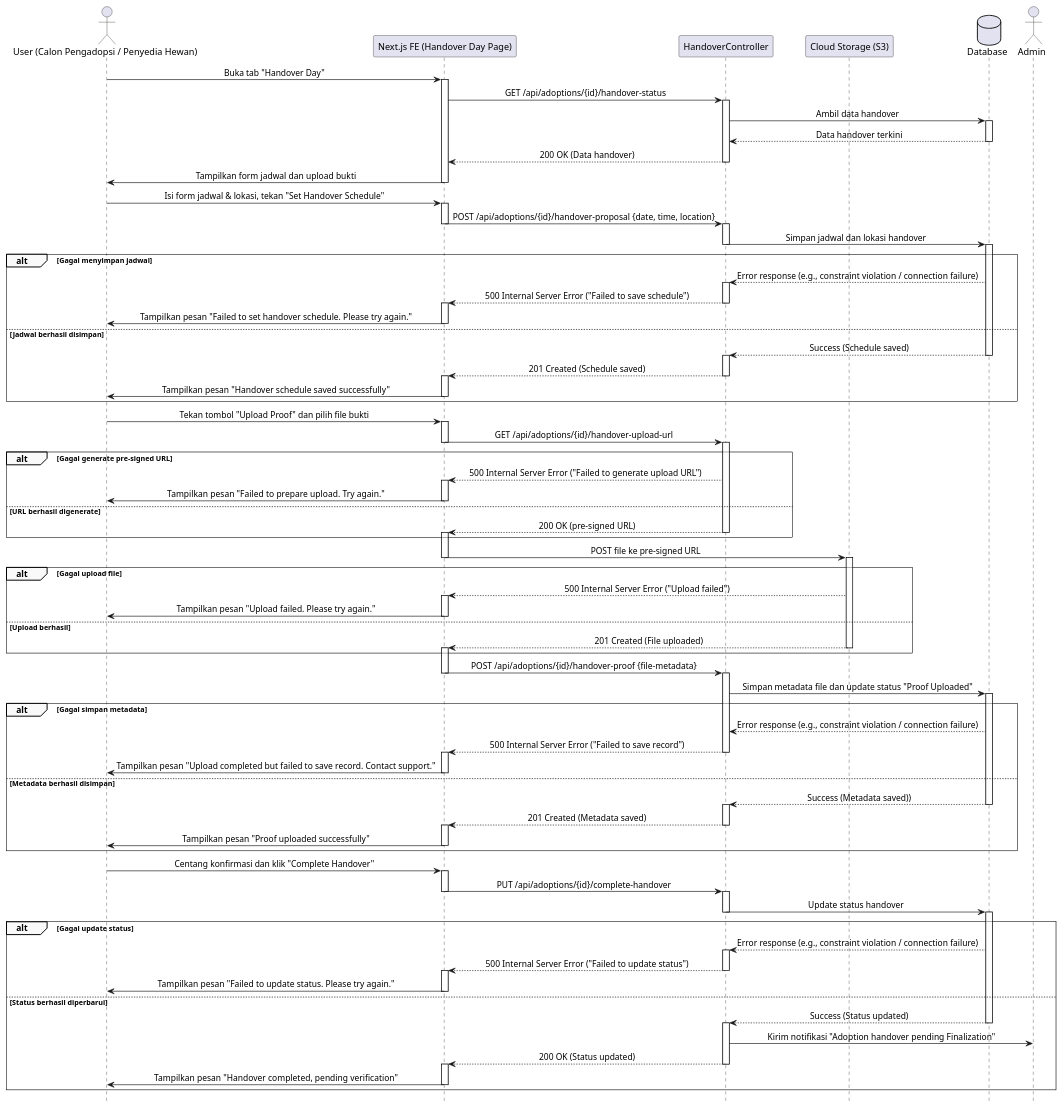
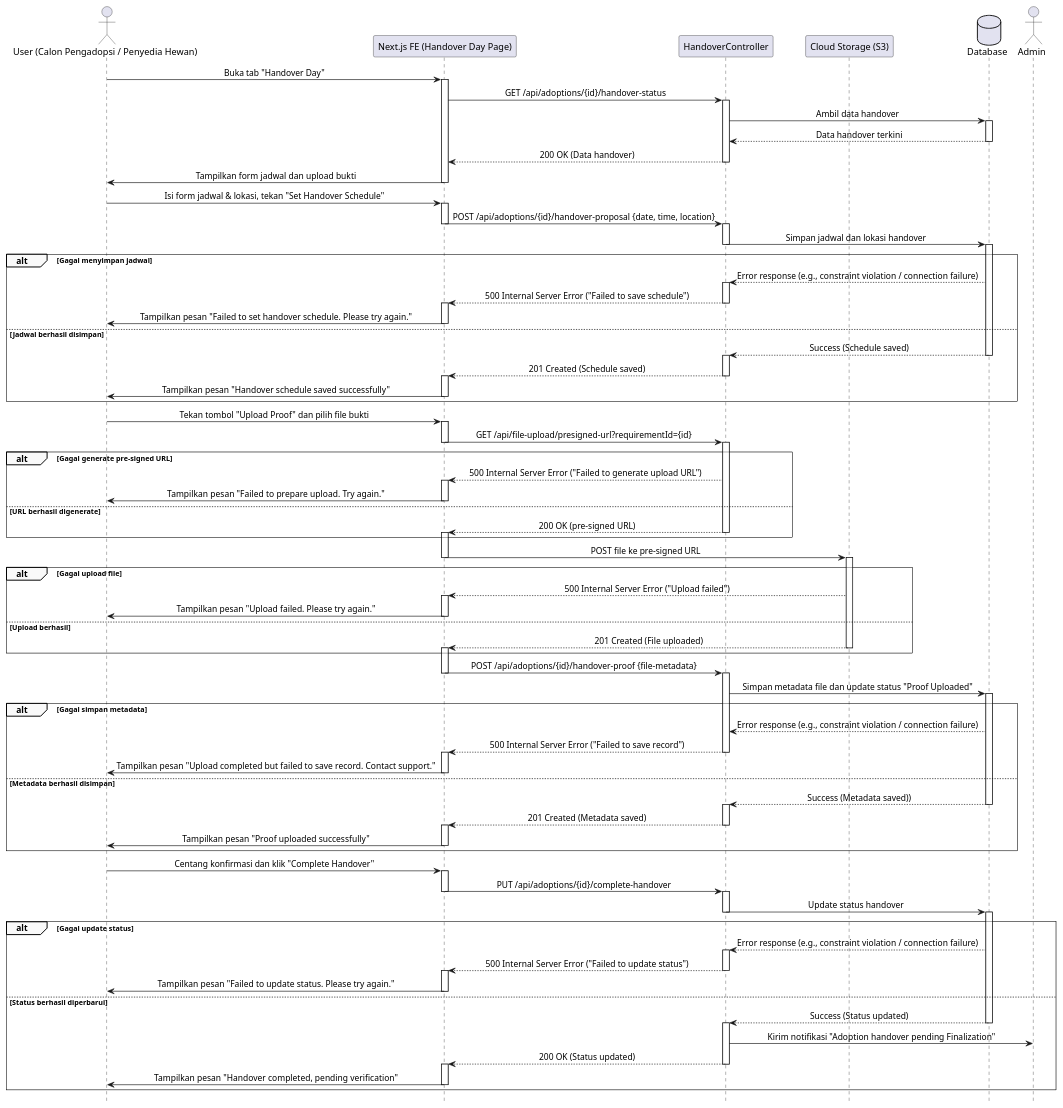
Before and after one commit to fadhel-rizanda/skripsi-plantuml: the diagram in HandOver.plantuml, drawn with PlantUML. The commit also changed 1 other file, not shown here.

```diff
--- a/HandOver.plantuml
+++ b/HandOver.plantuml
@@ -1,157 +1,157 @@
 @startuml
 ' === Styling ===
 skinparam sequence {
     LifelineFooterStrategy none
     MessageAlign center
     ArrowThickness 1
     ParticipantPadding 20
     GroupBorderThickness 0.5
     GroupBackgroundColor #F9F9F9
 }
 hide footbox
 
 ' === Participants ===
 actor "User (Calon Pengadopsi / Penyedia Hewan)" as User
 participant "Next.js FE (Handover Day Page)" as FE
 participant "HandoverController" as BE
 participant "Cloud Storage (S3)" as Storage
 database "Database" as DB
 actor "Admin" as Admin
 
 '== Membuka Halaman Handover Day ==
 User -> FE: Buka tab "Handover Day"
 activate FE
 FE -> BE: GET /api/adoptions/{id}/handover-status
 activate BE
 BE -> DB: Ambil data handover
 activate DB
 DB --> BE: Data handover terkini
 deactivate DB
 BE --> FE: 200 OK (Data handover)
 deactivate BE
 FE -> User: Tampilkan form jadwal dan upload bukti
 deactivate FE
 
 '== Menentukan Jadwal dan Lokasi ==
 User -> FE: Isi form jadwal & lokasi, tekan "Set Handover Schedule"
 activate FE
 FE -> BE: POST /api/adoptions/{id}/handover-proposal {date, time, location}
 deactivate FE
 activate BE
 BE -> DB: Simpan jadwal dan lokasi handover
 deactivate BE
 activate DB
 
 alt Gagal menyimpan jadwal
     DB --> BE: Error response (e.g., constraint violation / connection failure)
     activate BE
     BE --> FE: 500 Internal Server Error ("Failed to save schedule")
     deactivate BE
     activate FE
     FE -> User: Tampilkan pesan "Failed to set handover schedule. Please try again."
     deactivate FE
 else Jadwal berhasil disimpan
     DB --> BE: Success (Schedule saved)
     deactivate DB
     activate BE
     BE --> FE: 201 Created (Schedule saved)
     deactivate BE
     activate FE
     FE -> User: Tampilkan pesan "Handover schedule saved successfully"
     deactivate FE
 end
 
 '== Mengunggah Bukti Hand Over ==
 User -> FE: Tekan tombol "Upload Proof" dan pilih file bukti
 activate FE
-FE -> BE: GET /api/adoptions/{id}/handover-upload-url
+FE -> BE: GET /api/file-upload/presigned-url?requirementId={id}
 deactivate FE
 activate BE
 
 alt Gagal generate pre-signed URL
     BE --> FE: 500 Internal Server Error ("Failed to generate upload URL")
     activate FE
     FE -> User: Tampilkan pesan "Failed to prepare upload. Try again."
     deactivate FE
 
 else URL berhasil digenerate
     BE --> FE: 200 OK (pre-signed URL)
     deactivate BE
     activate FE
 end
 
 FE -> Storage: POST file ke pre-signed URL
 deactivate FE
 activate Storage
 
 alt Gagal upload file
     Storage --> FE: 500 Internal Server Error ("Upload failed")
     activate FE
     FE -> User: Tampilkan pesan "Upload failed. Please try again."
     deactivate FE
 else Upload berhasil
     Storage --> FE: 201 Created (File uploaded)
     deactivate Storage
     activate FE
 end
 
 FE -> BE: POST /api/adoptions/{id}/handover-proof {file-metadata}
 deactivate FE
 activate BE
 BE -> DB: Simpan metadata file dan update status "Proof Uploaded"
 activate DB
 
 alt Gagal simpan metadata
     DB --> BE: Error response (e.g., constraint violation / connection failure)
     BE --> FE: 500 Internal Server Error ("Failed to save record")
     deactivate BE
     activate FE
     FE -> User: Tampilkan pesan "Upload completed but failed to save record. Contact support."
     deactivate FE
 else Metadata berhasil disimpan
     DB --> BE: Success (Metadata saved))
     deactivate DB
     activate BE
     BE --> FE: 201 Created (Metadata saved)
     deactivate BE
     activate FE
     FE -> User: Tampilkan pesan "Proof uploaded successfully"
     deactivate FE
 end
 
 '== Menyelesaikan Proses Handover ==
 User -> FE: Centang konfirmasi dan klik "Complete Handover"
 activate FE
 FE -> BE: PUT /api/adoptions/{id}/complete-handover
 deactivate FE
 activate BE
 BE -> DB: Update status handover
 deactivate BE
 activate DB
 
 alt Gagal update status
     DB --> BE: Error response (e.g., constraint violation / connection failure)
     activate BE
     BE --> FE: 500 Internal Server Error ("Failed to update status")
     deactivate BE
     activate FE
     FE -> User: Tampilkan pesan "Failed to update status. Please try again."
     deactivate FE
 else Status berhasil diperbarui
     DB --> BE: Success (Status updated)
     deactivate DB
     activate BE
     BE -> Admin: Kirim notifikasi "Adoption handover pending Finalization"
 
     BE --> FE: 200 OK (Status updated)
     deactivate BE
     activate FE
     FE -> User: Tampilkan pesan "Handover completed, pending verification"
     deactivate FE
 '    note right of Admin
 '        Admin akan melakukan proses
 '        finalisasi dan verifikasi handover
 '    end note
 end
 
 @enduml
```
